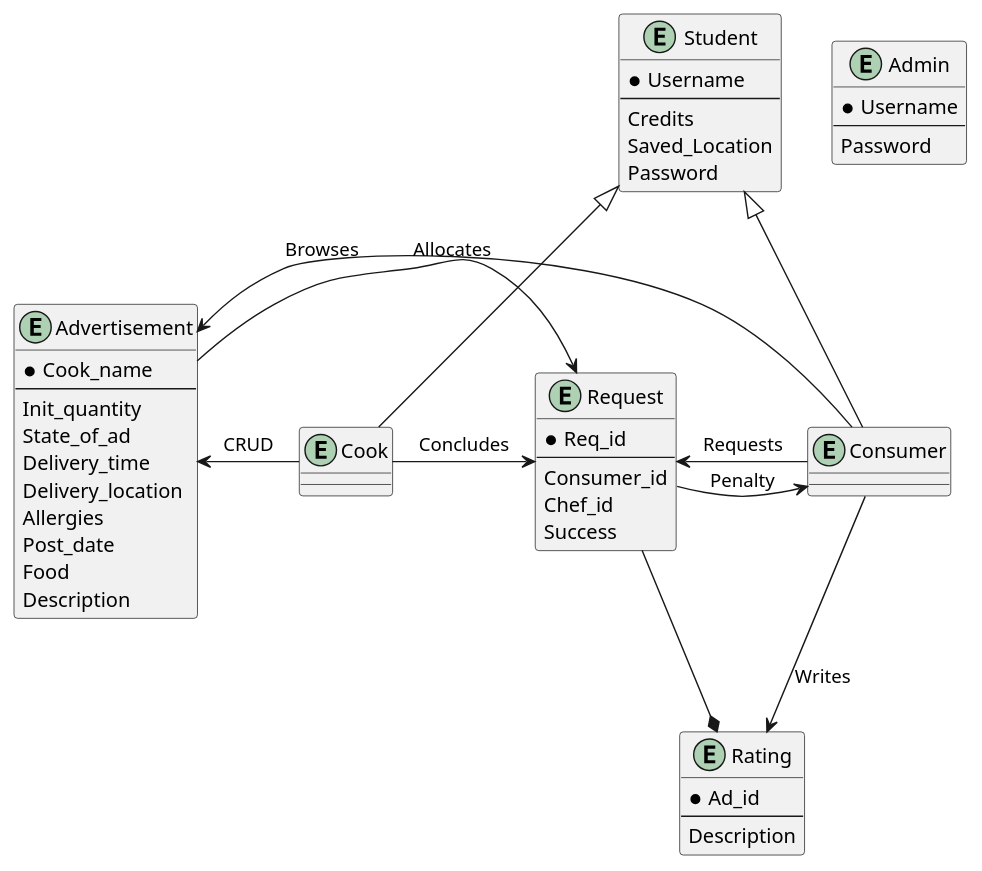
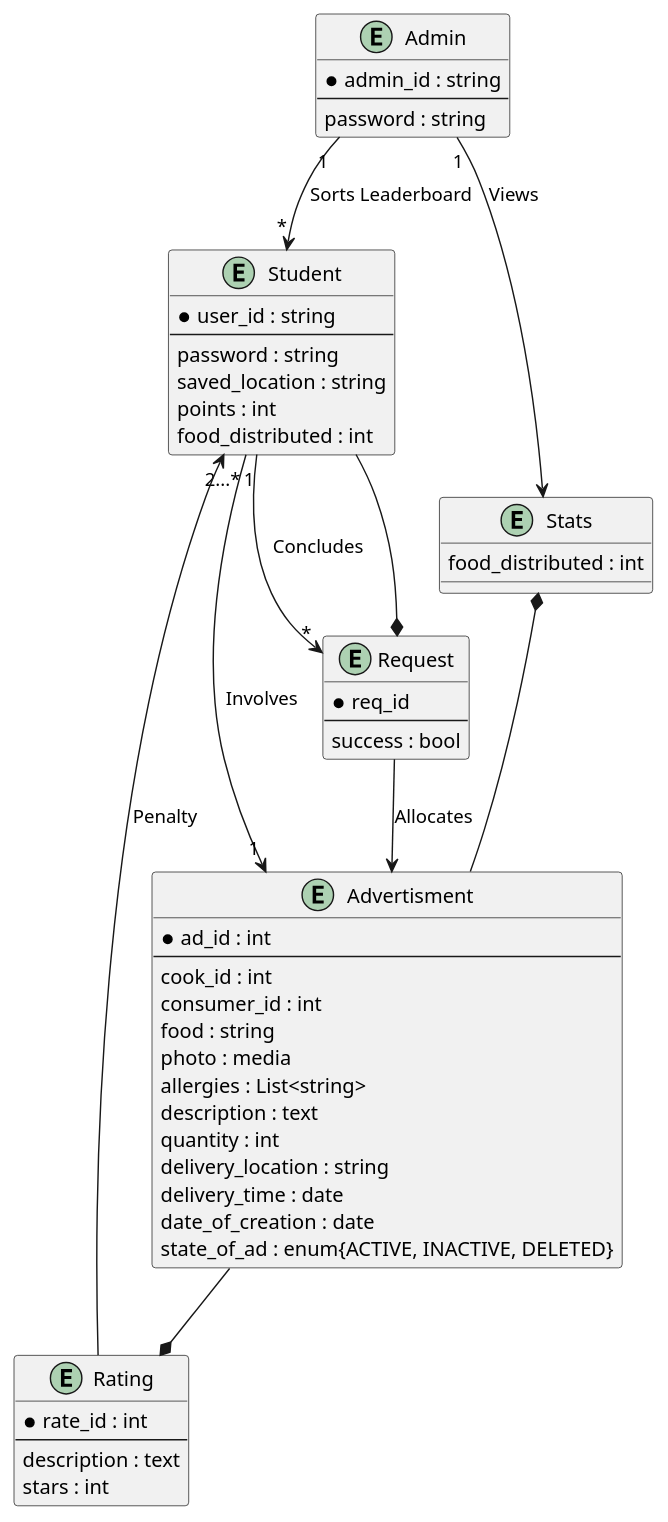
One commit to RubenKingCP/UniBite changed the diagram in ER/ER.puml. Above: the diagram before and after it, drawn with PlantUML.

Commit message:
Please review. I have a bad feeling

```diff
--- a/ER/ER.puml
+++ b/ER/ER.puml
@@ -1,58 +1,62 @@
 @startuml name 
 
-entity Student {
-  *Username
+entity Student{
+  *user_id : string
   --
-  Credits
-  Saved_Location
-  Password
+  password : string
+  saved_location : string
+  points : int
+  food_distributed : int
 }
 
-entity Cook
-entity Consumer
-
-entity Advertisement {
-  *Cook_name
+entity Admin{
+  *admin_id : string
   --
-  Init_quantity
-  State_of_ad
-  Delivery_time
-  Delivery_location
-  Allergies
-  Post_date
-  Food
-  Description
+  password : string
 }
 
-entity Request {
-  *Req_id
-  --
-  Consumer_id
-  Chef_id
-  Success
+entity Stats{
+  food_distributed : int
+
 }
 
-entity Rating {
-  *Ad_id
+entity Advertisment{
+  *ad_id : int 
   --
-  Description
+  cook_id : int 
+  consumer_id : int
+  food : string 
+  photo : media
+  allergies : List<string>
+  description : text
+  quantity : int 
+  delivery_location : string 
+  delivery_time : date
+  date_of_creation : date
+  state_of_ad : enum{ACTIVE, INACTIVE, DELETED}
 }
 
-entity Admin {
-  *Username
+entity Request{
+  *req_id
   --
-  Password
+  success : bool
 }
 
-Student <|-- Cook
-Student <|-- Consumer
-Advertisement <- Cook : CRUD
-Request <- Consumer : Requests
-Cook -> Request : Concludes
-Request -> Consumer : Penalty
-Consumer -> Advertisement : Browses
-Rating *-- Request
-Consumer -> Rating : Writes
-Advertisement -> Request : Allocates
+entity Rating{
+  *rate_id : int 
+  --
+  description : text
+  stars : int
+}
 
+Student "2...*" --> "1" Advertisment : Involves
+
+Advertisment --* Rating
+Rating --> Student : Penalty
+Student --* Request
+Request --> Advertisment : Allocates
+Stats *-- Advertisment
+Admin "1" --> Stats : Views
+Admin "1" --> "*" Student : Sorts Leaderboard
+Student "1" --> "*" Request : Concludes
 @enduml
```
